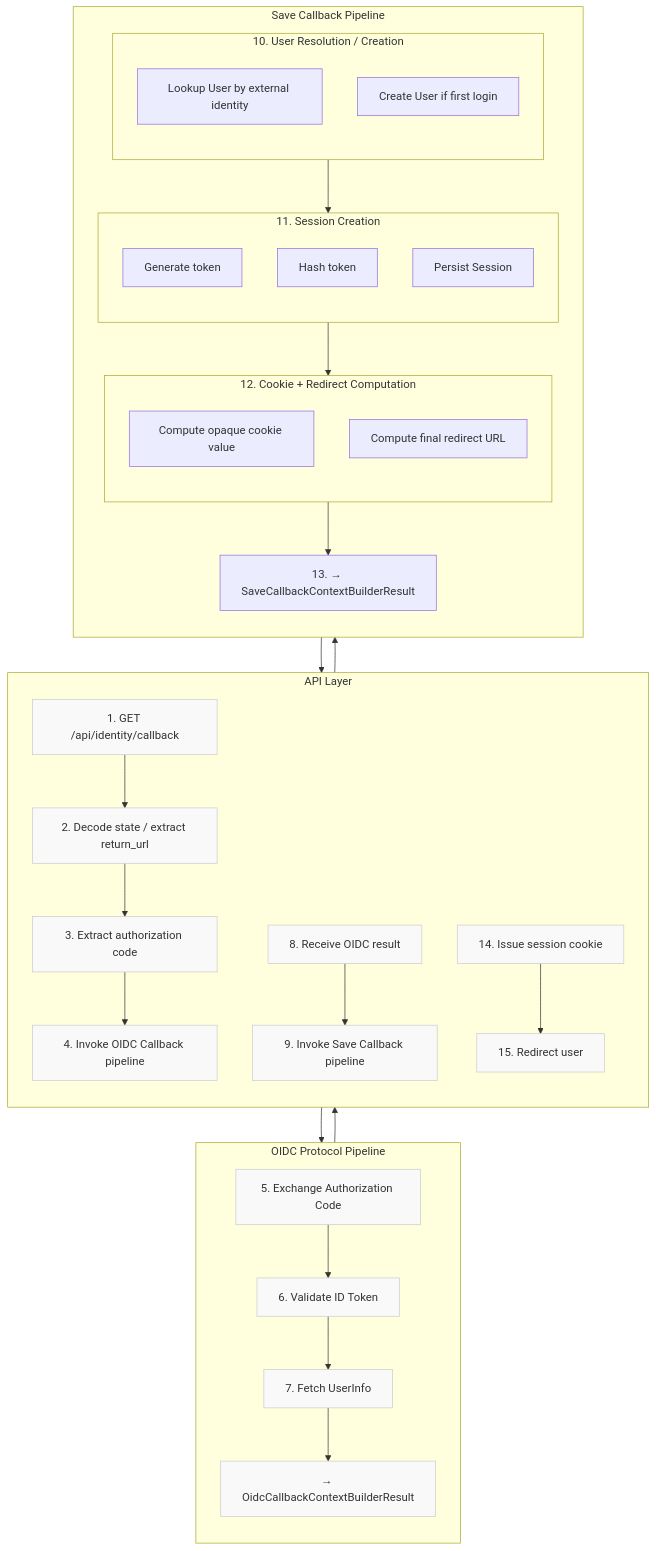
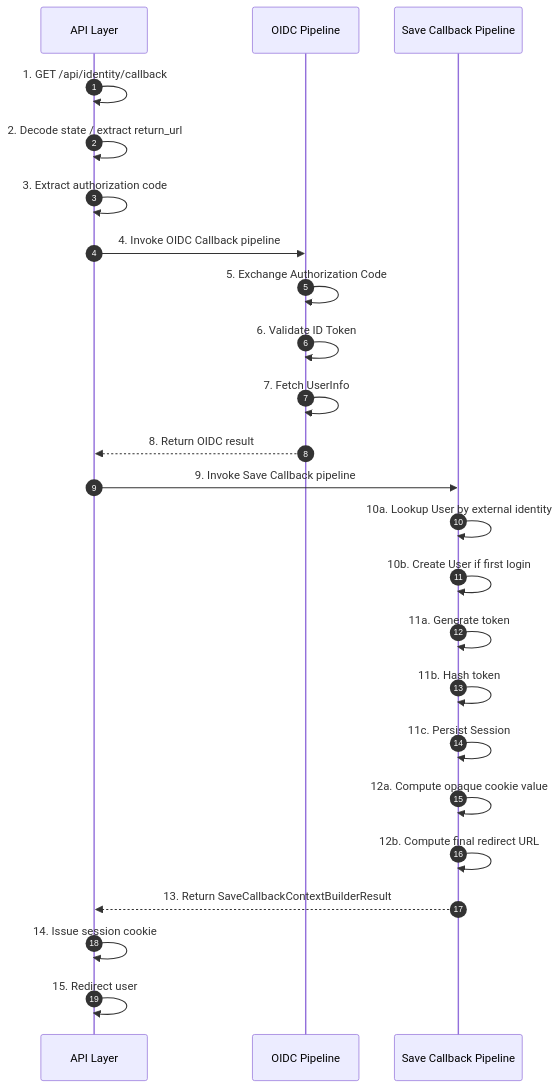
One commit to FrankJHughes/camp-fit-fur-dogs changed the diagram in docs/Frank/Identity/guides/developer/callback/README.md. Above: the diagram before and after it, drawn with Mermaid.

Commit message:
document: re-align the callback swimlane

````diff
--- a/docs/Frank/Identity/guides/developer/callback/README.md
+++ b/docs/Frank/Identity/guides/developer/callback/README.md
@@ -24,70 +24,35 @@
 ```mermaid
-flowchart TD
-    %% Enable grid layout
-    classDef lane fill:#f9f9f9,stroke:#ccc,stroke-width:1px;
+sequenceDiagram
+    autonumber
 
-    %% ─────────────────────────────
-    %% COLUMN 1 — API LAYER
-    %% ─────────────────────────────
-    subgraph COL_API["API Layer"]
-        direction TB
-        A1["1. GET /api/identity/callback"]:::lane
-        A2["2. Decode state / extract return_url"]:::lane
-        A3["3. Extract authorization code"]:::lane
-        A4["4. Invoke OIDC Callback pipeline"]:::lane
-        A8["8. Receive OIDC result"]:::lane
-        A9["9. Invoke Save Callback pipeline"]:::lane
-        A14["14. Issue session cookie"]:::lane
-        A15["15. Redirect user"]:::lane
-    end
+    participant API as API Layer
+    participant OIDC as OIDC Pipeline
+    participant SAVE as Save Callback Pipeline
 
-    %% ─────────────────────────────
-    %% COLUMN 2 — OIDC PIPELINE
-    %% ─────────────────────────────
-    subgraph COL_OIDC["OIDC Protocol Pipeline"]
-        direction TB
-        O5["5. Exchange Authorization Code"]:::lane
-        O6["6. Validate ID Token"]:::lane
-        O7["7. Fetch UserInfo"]:::lane
-        O8R["→ OidcCallbackContextBuilderResult"]:::lane
-    end
+    API->>API: 1. GET /api/identity/callback
+    API->>API: 2. Decode state / extract return_url
+    API->>API: 3. Extract authorization code
 
-    %% ─────────────────────────────
-    %% COLUMN 3 — SAVE CALLBACK PIPELINE
-    %% ─────────────────────────────
-    subgraph COL_SAVE["Save Callback Pipeline"]
-        direction TB
+    API->>OIDC: 4. Invoke OIDC Callback pipeline
+    OIDC->>OIDC: 5. Exchange Authorization Code
+    OIDC->>OIDC: 6. Validate ID Token
+    OIDC->>OIDC: 7. Fetch UserInfo
+    OIDC-->>API: 8. Return OIDC result
 
-        %% Group 10 — User Resolution
-        subgraph S10["10. User Resolution / Creation"]
-            direction TB
-            S10a["Lookup User by external identity"]
-            S10b["Create User if first login"]
-        end
+    API->>SAVE: 9. Invoke Save Callback pipeline
 
-        %% Group 11 — Session Creation
-        subgraph S11["11. Session Creation"]
-            direction TB
-            S11a["Generate token"]
-            S11b["Hash token"]
-            S11c["Persist Session"]
-        end
+    SAVE->>SAVE: 10a. Lookup User by external identity
+    SAVE->>SAVE: 10b. Create User if first login
 
-        %% Group 12 — Cookie + Redirect Computation
-        subgraph S12["12. Cookie + Redirect Computation"]
-            direction TB
-            S12a["Compute opaque cookie value"]
-            S12b["Compute final redirect URL"]
-        end
+    SAVE->>SAVE: 11a. Generate token
+    SAVE->>SAVE: 11b. Hash token
+    SAVE->>SAVE: 11c. Persist Session
 
-        S13["13. → SaveCallbackContextBuilderResult"]
-    end
+    SAVE->>SAVE: 12a. Compute opaque cookie value
+    SAVE->>SAVE: 12b. Compute final redirect URL
 
-    %% ─────────────────────────────
-    %% FLOW CONNECTIONS
-    %% ─────────────────────────────
-    A1 --> A2 --> A3 --> A4
-    A4 --> O5 --> O6 --> O7 --> O8R --> A8
-    A8 --> A9
-    A9 --> S10 --> S11 --> S12 --> S13 --> A14 --> A15
+    SAVE-->>API: 13. Return SaveCallbackContextBuilderResult
+
+    API->>API: 14. Issue session cookie
+    API->>API: 15. Redirect user
 ```
````
